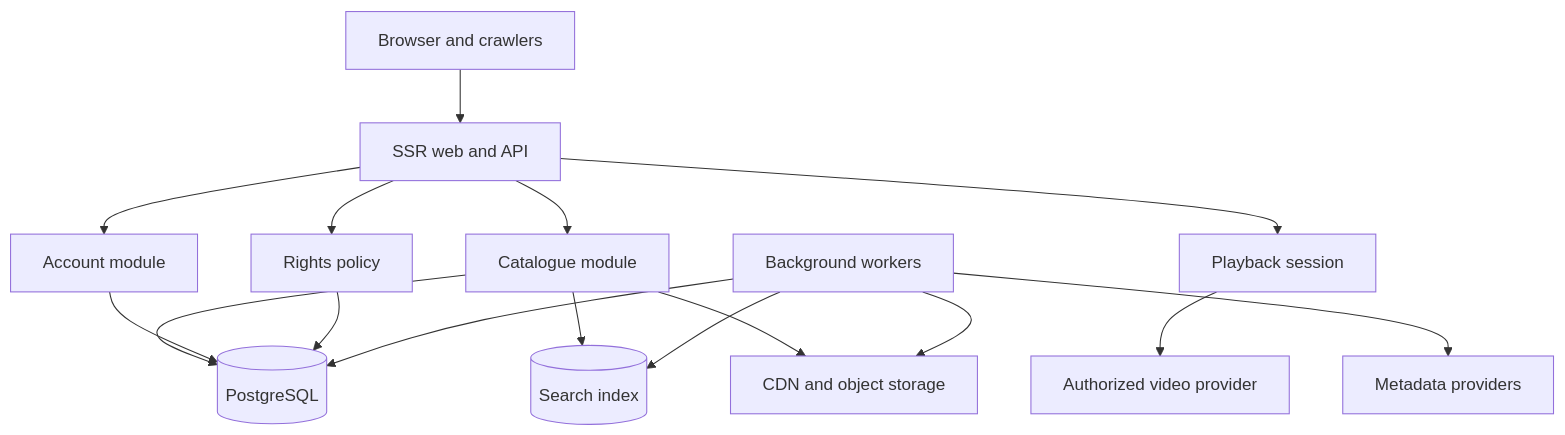
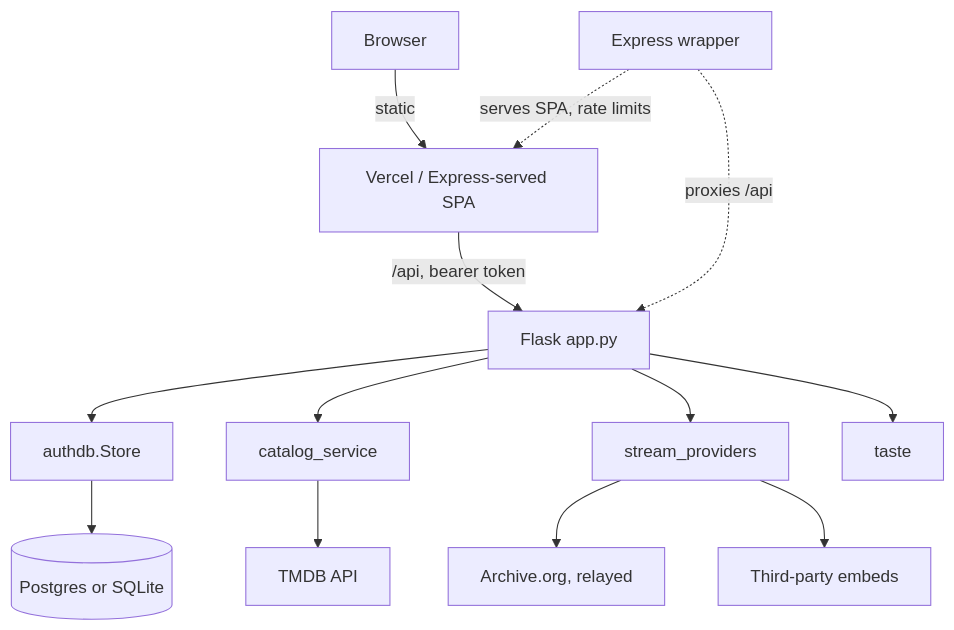
The diagram in docs/architecture.md (Lenium-Inc/lenium-movies), drawn with Mermaid before and after one commit. The commit also changed other lines of this file and 26 other files, not shown here.

````diff
--- a/docs/architecture.md
+++ b/docs/architecture.md
@@ -63,18 +111,15 @@
 ```mermaid
 flowchart TD
-  B[Browser and crawlers] --> W[SSR web and API]
-  W --> C[Catalogue module]
-  W --> A[Account module]
-  W --> R[Rights policy]
-  W --> P[Playback session]
-  C --> DB[(PostgreSQL)]
-  A --> DB
-  R --> DB
-  P --> VP[Authorized video provider]
-  C --> S[(Search index)]
-  C --> CDN[CDN and object storage]
-  J[Background workers] --> DB
-  J --> S
-  J --> CDN
-  J --> MP[Metadata providers]
+  B[Browser] -->|static| V[Vercel / Express-served SPA]
+  V -->|"/api, bearer token"| F[Flask app.py]
+  F --> S[authdb.Store]
+  F --> C[catalog_service]
+  F --> P[stream_providers]
+  F --> T[taste]
+  S --> DB[(Postgres or SQLite)]
+  C --> TMDB[TMDB API]
+  P --> AR[Archive.org, relayed]
+  P --> EM[Third-party embeds]
+  X[Express wrapper] -. proxies /api .-> F
+  X -. serves SPA, rate limits .-> V
 ```
````
